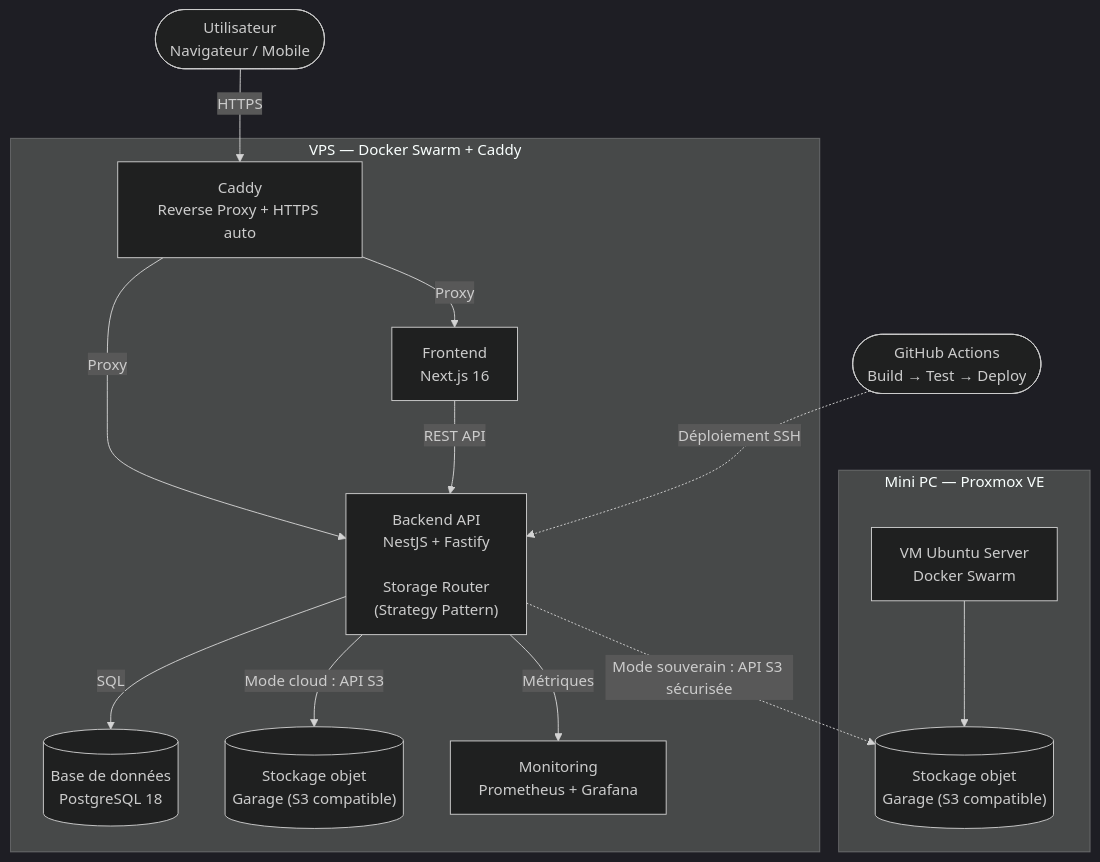
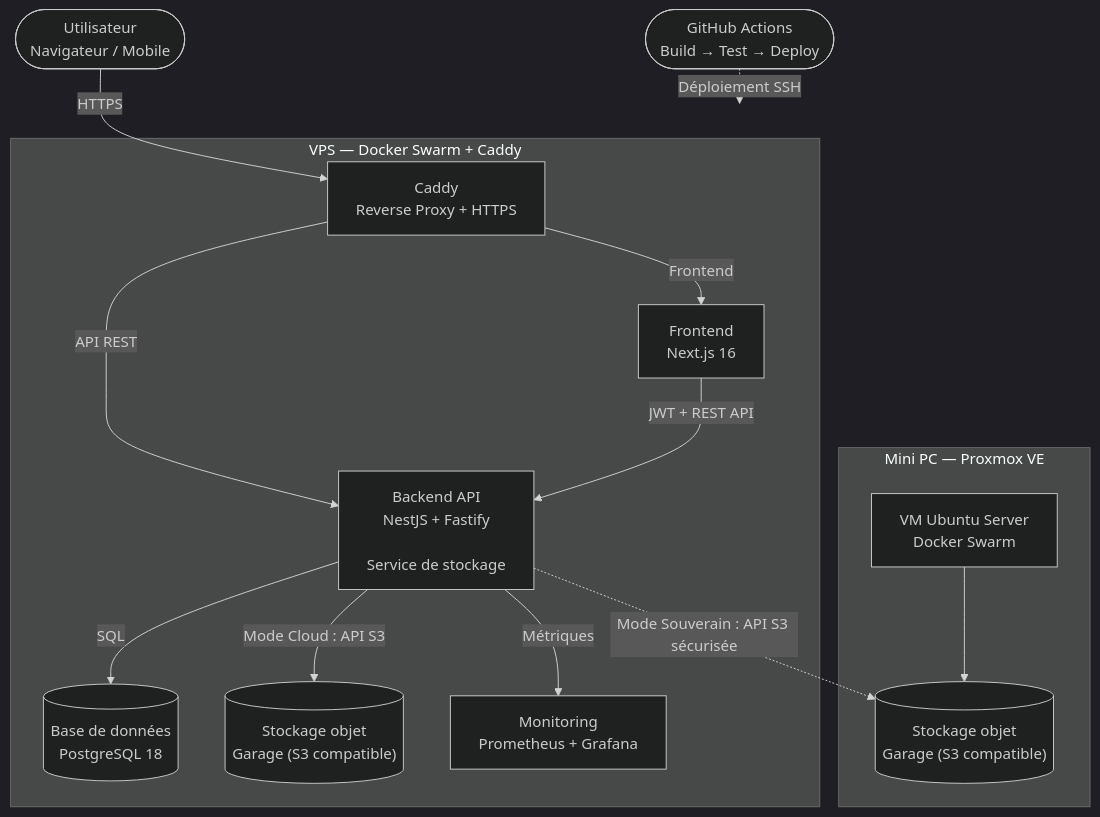
The diagram in documentation/architecture/C4-Diagram-containers.md (BOINAR/sovlens), drawn with Mermaid before and after one commit.

Commit message:
docs: validation du diagramme C4 et mise à jour de l'architecture

````diff
--- a/documentation/architecture/C4-Diagram-containers.md
+++ b/documentation/architecture/C4-Diagram-containers.md
@@ -1,50 +1,50 @@
 ```mermaid
 %%{init: {'theme': 'dark', 'themeVariables': {'fontSize': '16px'}}}%%
 flowchart TD
 
-  U(["Utilisateur\nNavigateur / Mobile"])
-  GL(["GitHub Actions\nBuild → Test → Deploy"])
+    U(["Utilisateur<br/>Navigateur / Mobile"])
+    GL(["GitHub Actions<br/>Build → Test → Deploy"])
 
-  subgraph VPS ["VPS — Docker Swarm + Caddy"]
+    subgraph VPS ["VPS — Docker Swarm + Caddy"]
 
-    CA["Caddy\nReverse Proxy + HTTPS auto"]
+        CA["Caddy<br/>Reverse Proxy + HTTPS"]
 
-    FE["Frontend\nNext.js 16"]
+        FE["Frontend<br/>Next.js 16"]
 
-    BE["Backend API\nNestJS + Fastify\n\nStorage Router\n(Strategy Pattern)"]
+        BE["Backend API<br/>NestJS + Fastify<br/><br/>Service de stockage"]
 
-    DB[("Base de données\nPostgreSQL 18")]
+        DB[("Base de données<br/>PostgreSQL 18")]
 
-    GC[("Stockage objet\nGarage (S3 compatible)")]
+        GC[("Stockage objet<br/>Garage (S3 compatible)")]
 
-    MO["Monitoring\nPrometheus + Grafana"]
+        MO["Monitoring<br/>Prometheus + Grafana"]
 
-  end
+    end
 
-  subgraph HL ["Mini PC — Proxmox VE"]
+    subgraph HOME ["Mini PC — Proxmox VE"]
 
-    UB["VM Ubuntu Server\nDocker Swarm"]
+        VM["VM Ubuntu Server<br/>Docker Swarm"]
 
-    GH[("Stockage objet\nGarage (S3 compatible)")]
+        GH[("Stockage objet<br/>Garage (S3 compatible)")]
 
-    UB --> GH
+        VM --> GH
 
-  end
+    end
 
-  U -->|HTTPS| CA
+    U -->|HTTPS| CA
 
-  CA -->|Proxy| FE
-  CA -->|Proxy| BE
+    CA -->|Frontend| FE
+    CA -->|API REST| BE
 
-  FE -->|REST API| BE
+    FE -->|JWT + REST API| BE
 
-  BE -->|SQL| DB
+    BE -->|SQL| DB
 
-  BE -->|Mode cloud : API S3| GC
+    BE -->|Mode Cloud : API S3| GC
 
-  BE -.->|Mode souverain : API S3 sécurisée| GH
+    BE -.->|Mode Souverain : API S3 sécurisée| GH
 
-  BE -->|Métriques| MO
+    BE -->|Métriques| MO
 
-  GL -.->|Déploiement SSH| BE
+    GL -.->|Déploiement SSH| VPS
 ```
````
